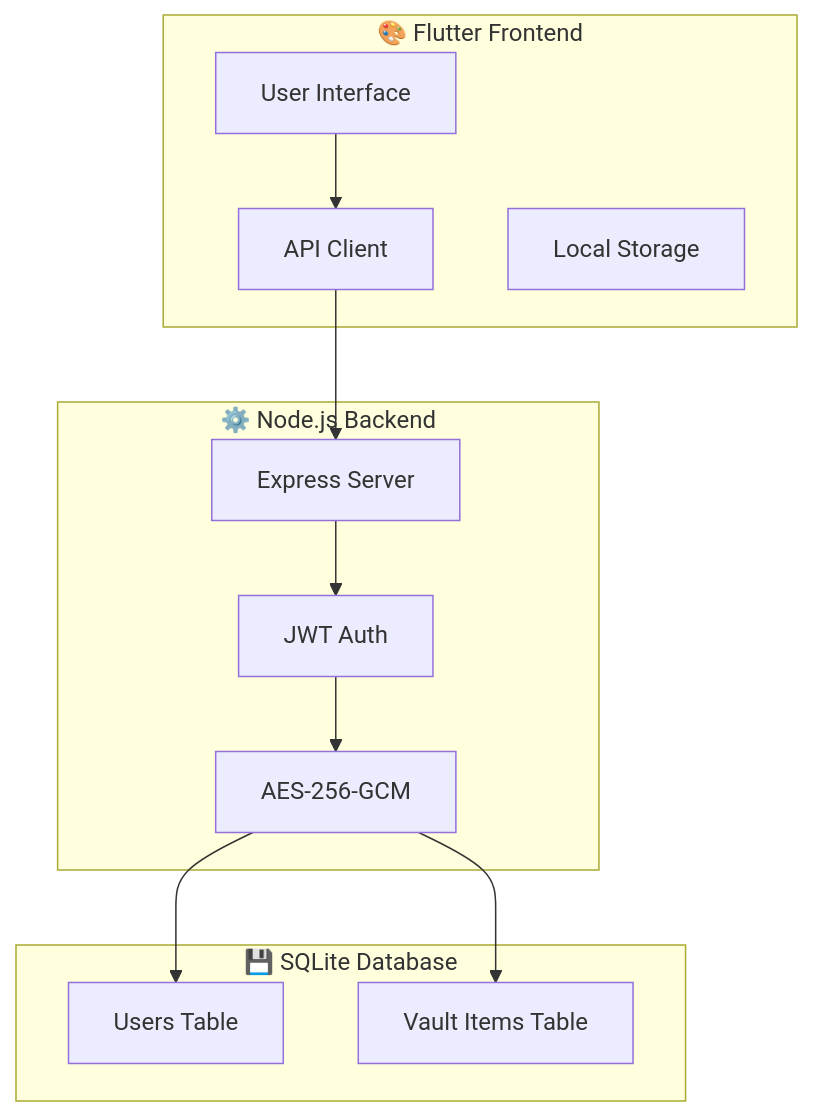
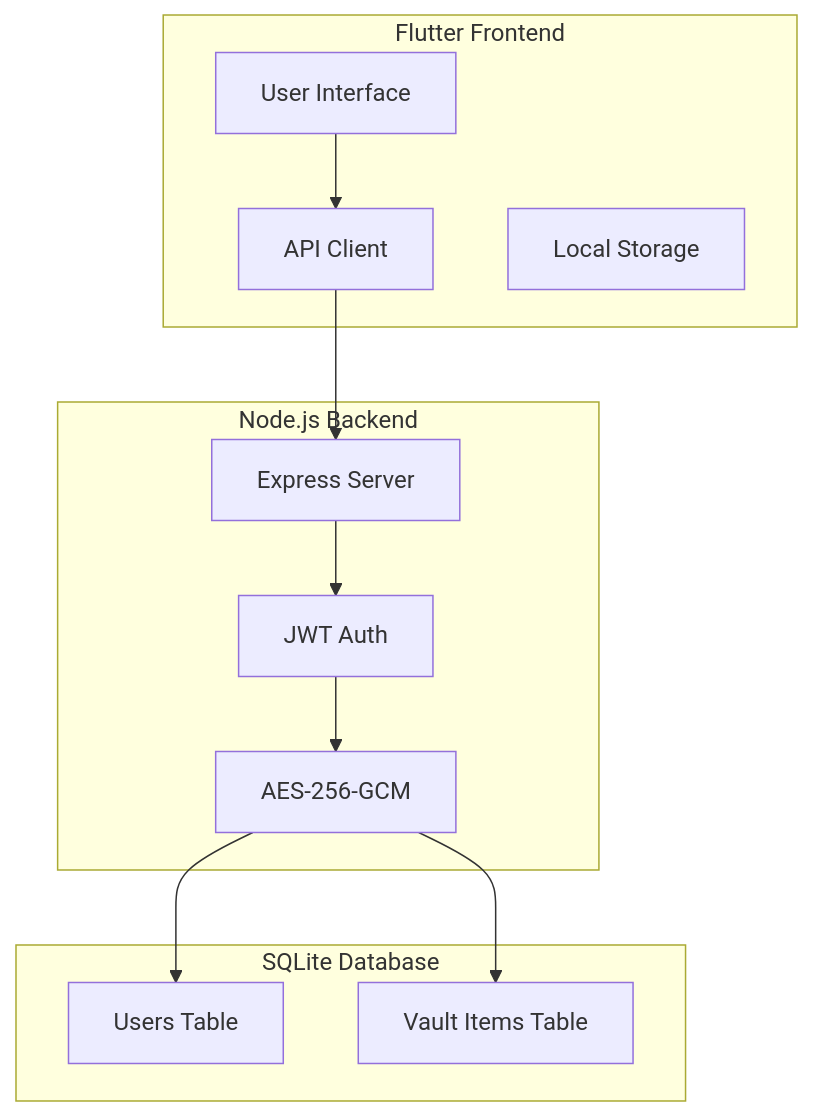
The diagram in README.md (Gr0osky/DaManage), drawn with Mermaid before and after one commit. The commit also changed other lines of this file, not shown here.

````diff
--- a/README.md
+++ b/README.md
@@ -199,26 +199,26 @@
 ```mermaid
 graph TB
-    subgraph Frontend["🎨 Flutter Frontend"]
+    subgraph Frontend[" Flutter Frontend"]
         UI[User Interface]
         API[API Client]
         Storage[Local Storage]
     end
     
-    subgraph Backend["⚙️ Node.js Backend"]
+    subgraph Backend[" Node.js Backend"]
         Express[Express Server]
         Auth[JWT Auth]
         Crypto[AES-256-GCM]
     end
     
-    subgraph Database["💾 SQLite Database"]
+    subgraph Database[" SQLite Database"]
         Users[Users Table]
         Vault[Vault Items Table]
     end
     
     UI --> API
     API --> Express
     Express --> Auth
     Auth --> Crypto
     Crypto --> Users
     Crypto --> Vault
 ```
````
